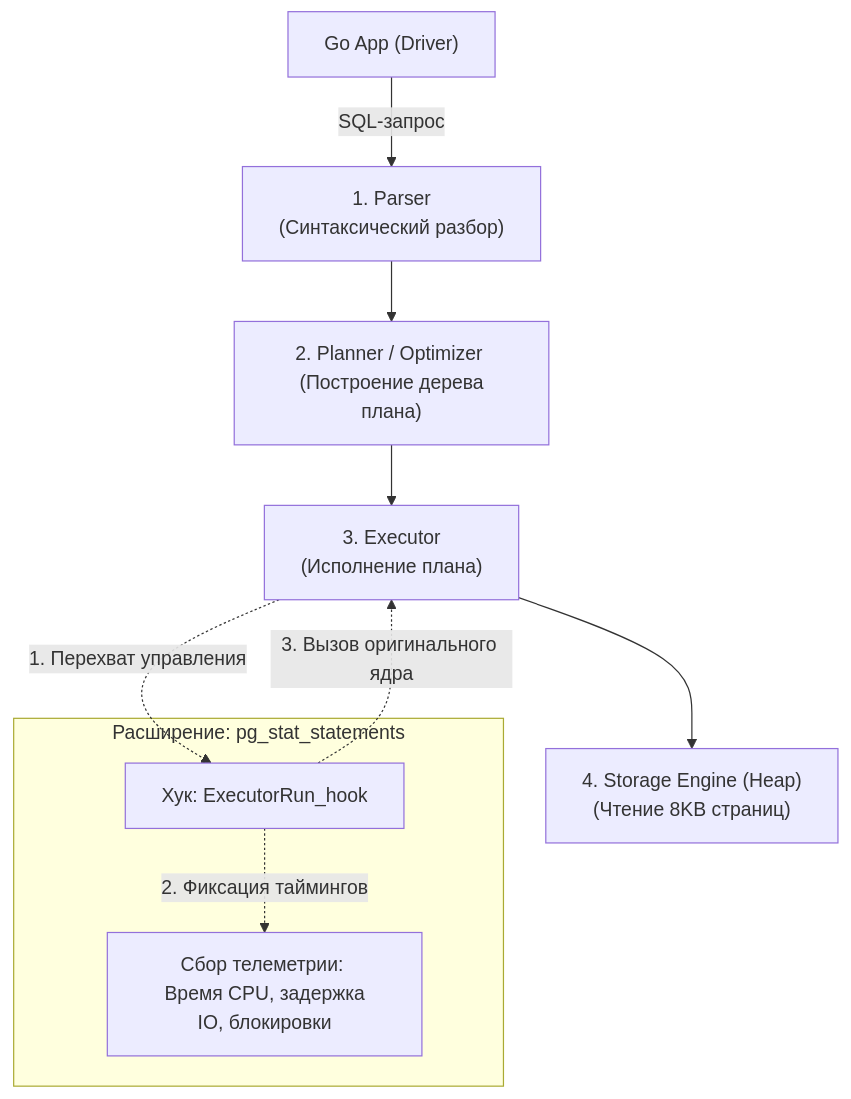
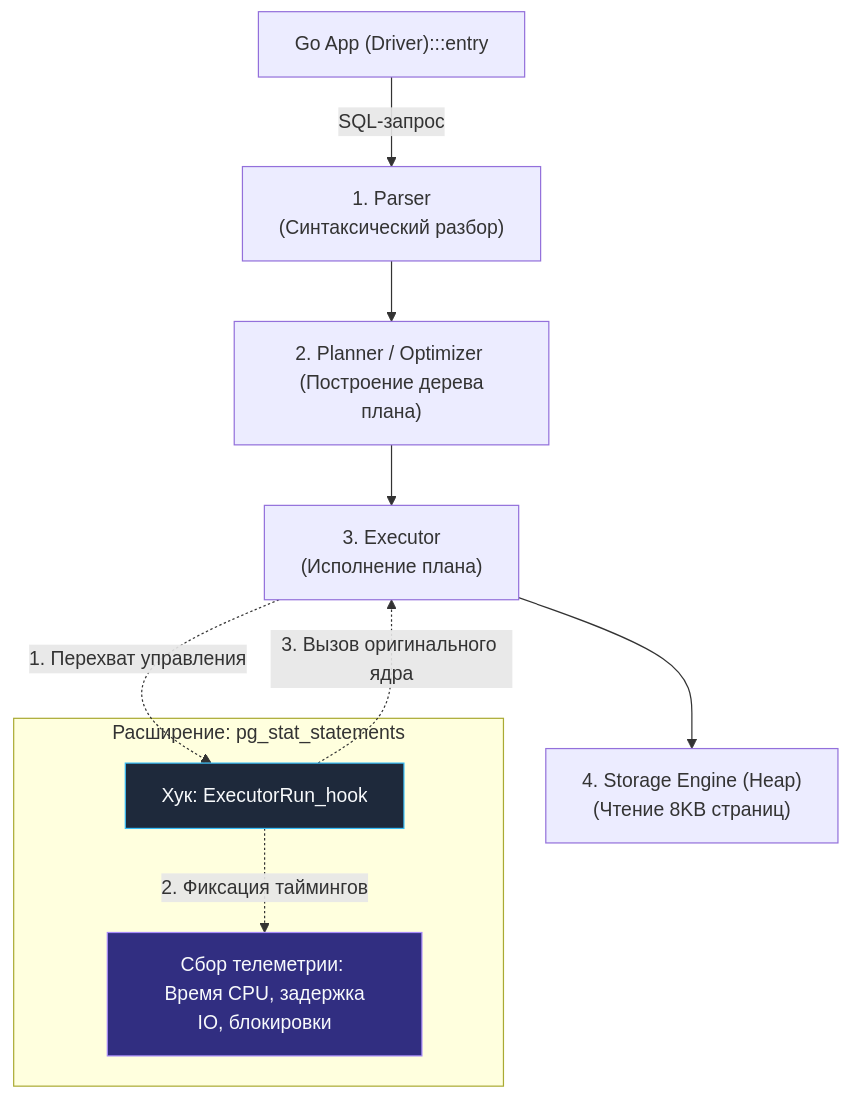
The first of 3 diagrams in sources/12. Базы данных/06. PostgreSQL/7. Расширения PostgreSQL.md (UnrealTemplier/go-textbook), drawn with Mermaid before and after one commit. The commit also changed other lines of this file and 1666 other files, not shown here.

First line of the commit message:
feat(mermaid): add semantic color classDef to 1369 colorless flowchart/graph diagrams

````diff
--- a/sources/12. Базы данных/06. PostgreSQL/7. Расширения PostgreSQL.md
+++ b/sources/12. Базы данных/06. PostgreSQL/7. Расширения PostgreSQL.md
@@ -23,16 +23,26 @@
 ```mermaid
 flowchart TD
-    Client["Go App (Driver)"] -->|"SQL-запрос"| Parser["1. Parser <br> (Синтаксический разбор)"]
+    classDef process  fill:#1e293b,stroke:#38bdf8,stroke-width:1px,color:#f8fafc
+    classDef success  fill:#064e3b,stroke:#34d399,stroke-width:1px,color:#f8fafc
+    classDef error    fill:#7f1d1d,stroke:#f87171,stroke-width:1px,color:#f8fafc
+    classDef warning  fill:#78350f,stroke:#fbbf24,stroke-width:1px,color:#f8fafc
+    classDef entry    fill:#1e3a5f,stroke:#38bdf8,stroke-width:2px,color:#f8fafc
+    classDef aux      fill:#334155,stroke:#64748b,stroke-width:1px,color:#f8fafc
+    classDef system   fill:#312e81,stroke:#a78bfa,stroke-width:1px,color:#f8fafc
+    classDef data     fill:#132d29,stroke:#2dd4bf,stroke-width:1px,color:#f8fafc
+    classDef network  fill:#881337,stroke:#fb7185,stroke-width:1px,color:#f8fafc
+    classDef accent   fill:#1e1b4b,stroke:#818cf8,stroke-width:1px,color:#f8fafc
+    Client["Go App (Driver):::entry"] -->|"SQL-запрос"| Parser["1. Parser <br> (Синтаксический разбор)"]
     Parser --> Planner["2. Planner / Optimizer <br> (Построение дерева плана)"]
     Planner --> Exec["3. Executor <br> (Исполнение плана)"]
     Exec --> Storage["4. Storage Engine (Heap) <br> (Чтение 8KB страниц)"]
 
     subgraph ExtHook ["Расширение: pg_stat_statements"]
-        Hook["Хук: ExecutorRun_hook"]
-        Stat["Сбор телеметрии: <br> Время CPU, задержка IO, блокировки"]
+        Hook["Хук: ExecutorRun_hook"]:::process
+        Stat["Сбор телеметрии: <br> Время CPU, задержка IO, блокировки"]:::system
     end
 
     Exec -.->|"1. Перехват управления"| Hook
     Hook -.->|"2. Фиксация таймингов"| Stat
     Hook -.->|"3. Вызов оригинального ядра"| Exec
 ```
````
